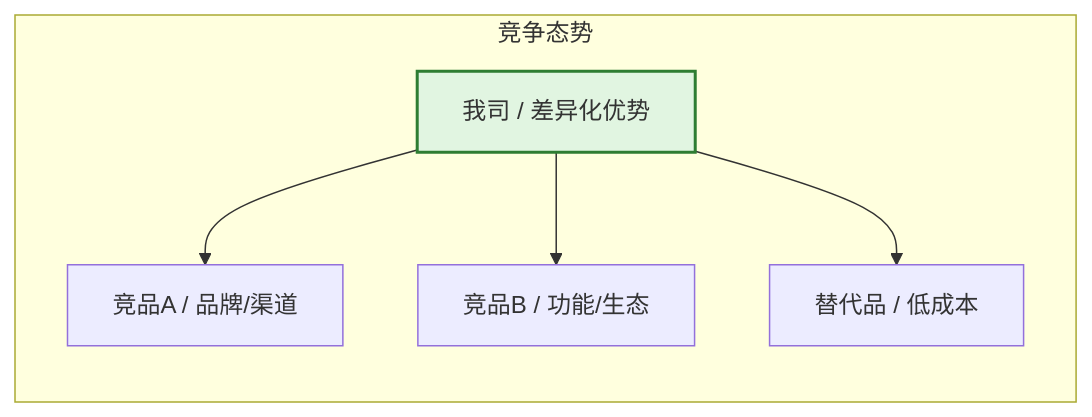
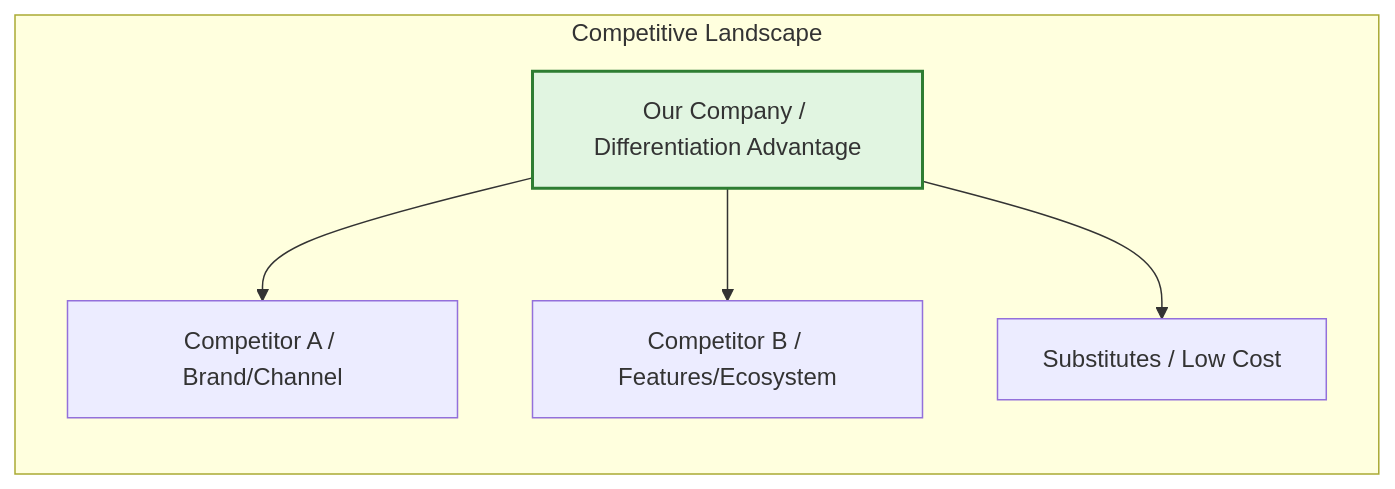
Before and after one commit to Kirky-X/cangjie: the third of 9 diagrams in templates/产品/战略层/【模板】商业需求文档.md, drawn with Mermaid. The commit also changed other lines of this file and 46 other files, not shown here.

````diff
--- a/templates/产品/战略层/【模板】商业需求文档.md
+++ b/templates/产品/战略层/【模板】商业需求文档.md
@@ -172,9 +172,9 @@
 ```mermaid
 flowchart LR
-    subgraph 竞争态势
-        A[我司 / 差异化优势] --> B[竞品A / 品牌/渠道]
-        A --> C[竞品B / 功能/生态]
-        A --> D[替代品 / 低成本]
+    subgraph Competitive Landscape
+        A[Our Company / Differentiation Advantage] --> B[Competitor A / Brand/Channel]
+        A --> C[Competitor B / Features/Ecosystem]
+        A --> D[Substitutes / Low Cost]
     end
     style A fill:#e1f5e1,stroke:#2e7d32,stroke-width:2px
 ```
````
